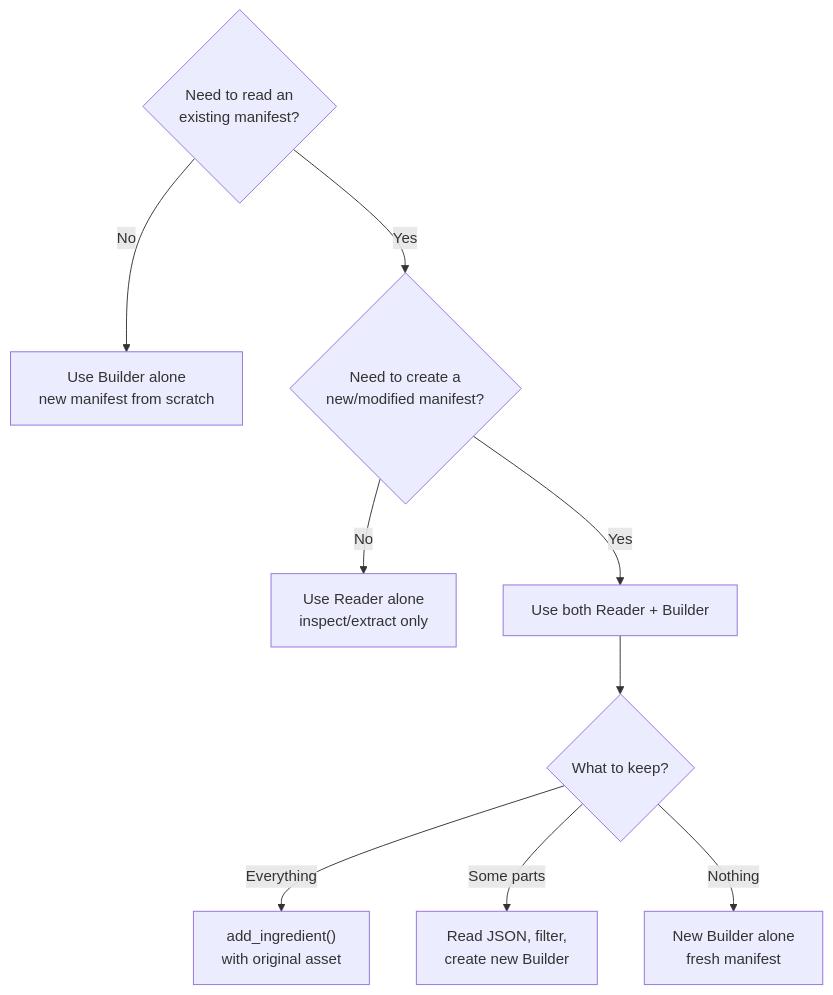
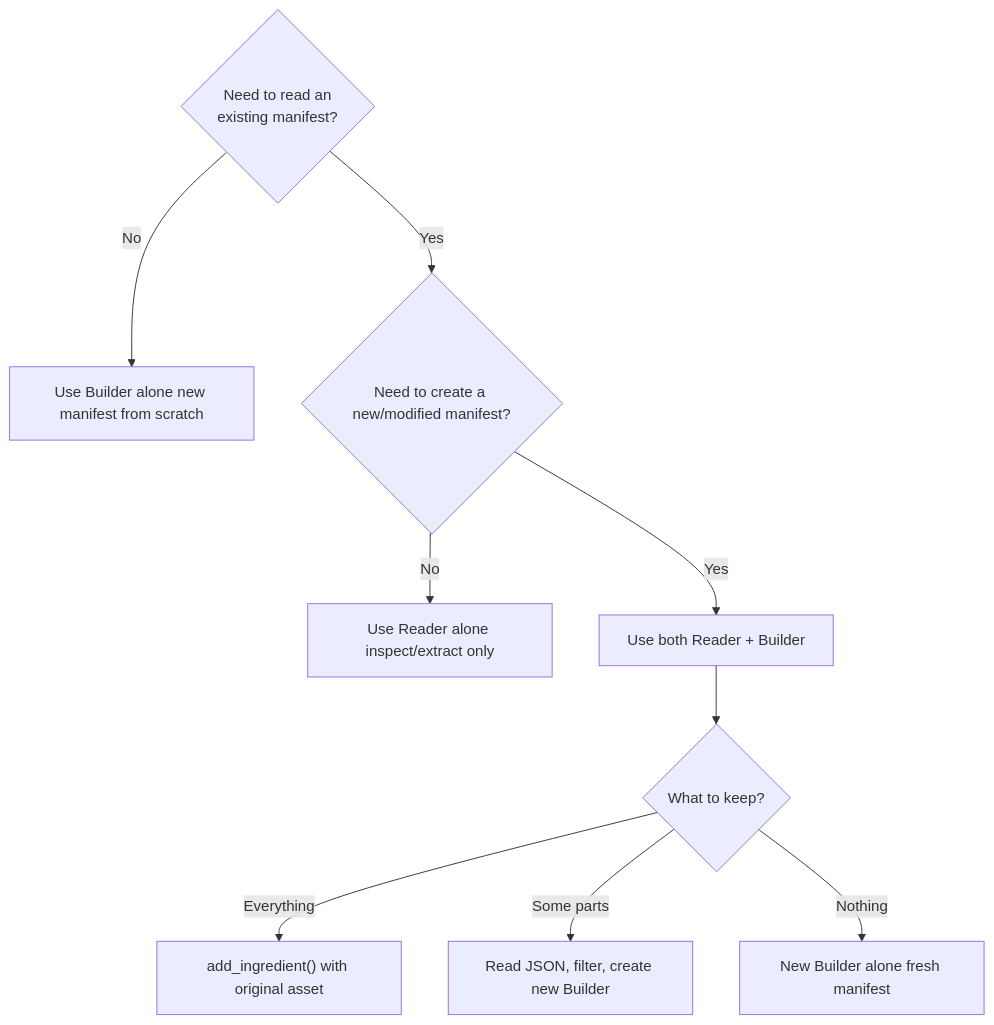
Diagram 11 of 11 in docs/selective-manifests.md (contentauth/c2pa-c), drawn with Mermaid before and after one commit. The commit also changed other lines of this file, not shown here.

````diff
--- a/docs/selective-manifests.md
+++ b/docs/selective-manifests.md
@@ -597,12 +597,12 @@
 ```mermaid
 flowchart TD
     Q1{Need to read an\nexisting manifest?}
-    Q1 -->|No| USE_B[Use Builder alone \n new manifest from scratch]
-    Q1 -->|Yes| Q2{Need to create a \n new/modified manifest?}
-    Q2 -->|No| USE_R[Use Reader alone \n inspect/extract only]
+    Q1 -->|No| USE_B[Use Builder alone new manifest from scratch]
+    Q1 -->|Yes| Q2{Need to create a new/modified manifest?}
+    Q2 -->|No| USE_R[Use Reader alone inspect/extract only]
     Q2 -->|Yes| USE_BR[Use both Reader + Builder]
     USE_BR --> Q3{What to keep?}
-    Q3 -->|Everything| P1["add_ingredient() \n with original asset"]
-    Q3 -->|Some parts| P2["Read JSON, filter, \n create new Builder"]
-    Q3 -->|Nothing| P3["New Builder alone \n fresh manifest"]
+    Q3 -->|Everything| P1["add_ingredient() with original asset"]
+    Q3 -->|Some parts| P2["Read JSON, filter, create new Builder"]
+    Q3 -->|Nothing| P3["New Builder alone fresh manifest"]
 ```
````
